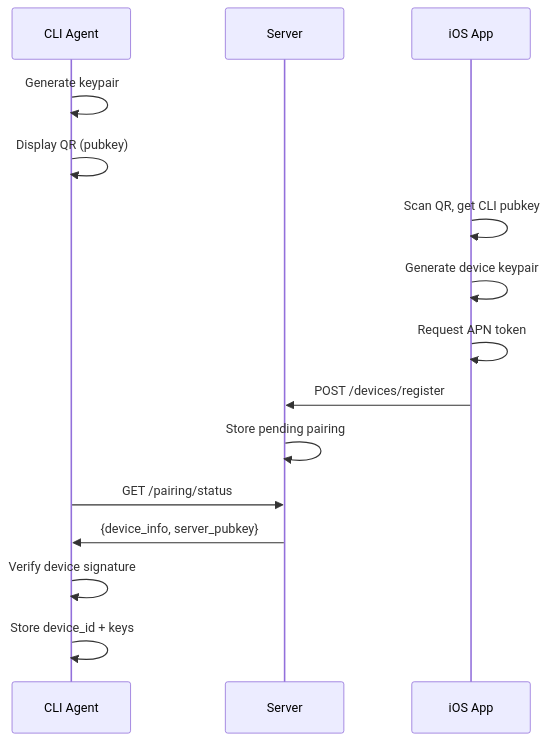
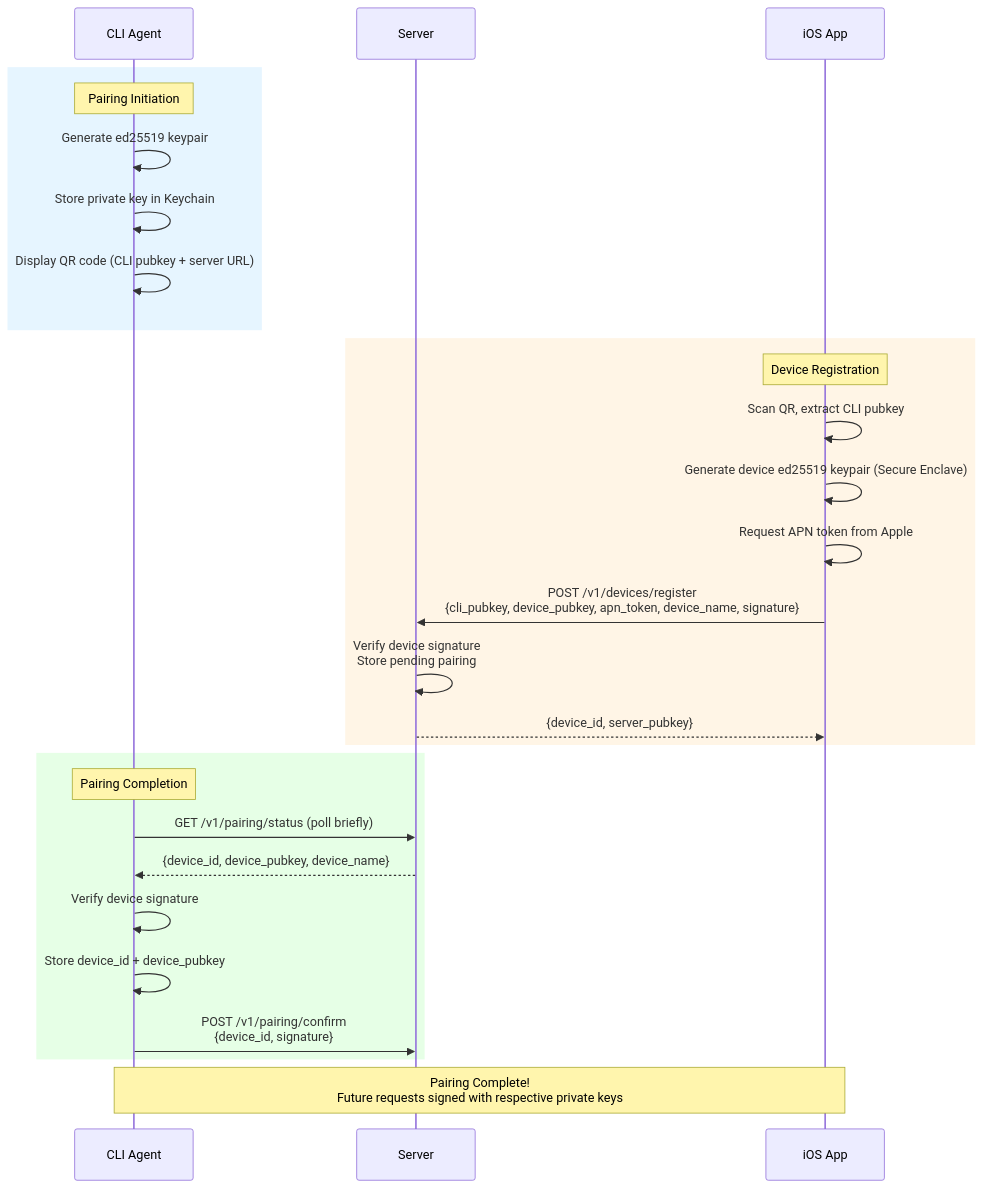
Before and after one commit to Lakr233/Cookey: the first of 3 diagrams in ARCHITECTURE.md, drawn with Mermaid. The commit also changed other lines of this file, not shown here.

First line of the commit message:
docs(architecture): v2.0 - Complete redesign with APN bidirectional, E2E encryption, multi-user model

````diff
--- a/ARCHITECTURE.md
+++ b/ARCHITECTURE.md
@@ -191,22 +430,37 @@
 ```mermaid
 sequenceDiagram
     participant CLI as CLI Agent
     participant S as Server
     participant iOS as iOS App
     
-    CLI->>CLI: Generate keypair
-    CLI->>CLI: Display QR (pubkey)
+    %% CLI generates keys and displays pairing info
+    rect rgb(230, 245, 255)
+        Note over CLI: Pairing Initiation
+        CLI->>CLI: Generate ed25519 keypair
+        CLI->>CLI: Store private key in Keychain
+        CLI->>CLI: Display QR code (CLI pubkey + server URL)
+    end
     
-    iOS->>iOS: Scan QR, get CLI pubkey
-    iOS->>iOS: Generate device keypair
-    iOS->>iOS: Request APN token
+    %% iOS scans and completes pairing
+    rect rgb(255, 245, 230)
+        Note over iOS: Device Registration
+        iOS->>iOS: Scan QR, extract CLI pubkey
+        iOS->>iOS: Generate device ed25519 keypair (Secure Enclave)
+        iOS->>iOS: Request APN token from Apple
+        iOS->>S: POST /v1/devices/register<br/>{cli_pubkey, device_pubkey, apn_token, device_name, signature}
+        S->>S: Verify device signature<br/>Store pending pairing
+        S-->>iOS: {device_id, server_pubkey}
+    end
     
-    iOS->>S: POST /devices/register
-    S->>S: Store pending pairing
+    %% CLI confirms pairing
+    rect rgb(230, 255, 230)
+        Note over CLI: Pairing Completion
+        CLI->>S: GET /v1/pairing/status (poll briefly)
+        S-->>CLI: {device_id, device_pubkey, device_name}
+        CLI->>CLI: Verify device signature
+        CLI->>CLI: Store device_id + device_pubkey
+        CLI->>S: POST /v1/pairing/confirm<br/>{device_id, signature}
+    end
     
-    CLI->>S: GET /pairing/status
-    S->>CLI: {device_info, server_pubkey}
-    
-    CLI->>CLI: Verify device signature
-    CLI->>CLI: Store device_id + keys
+    Note over CLI,iOS: Pairing Complete!<br/>Future requests signed with respective private keys
 ```
````
